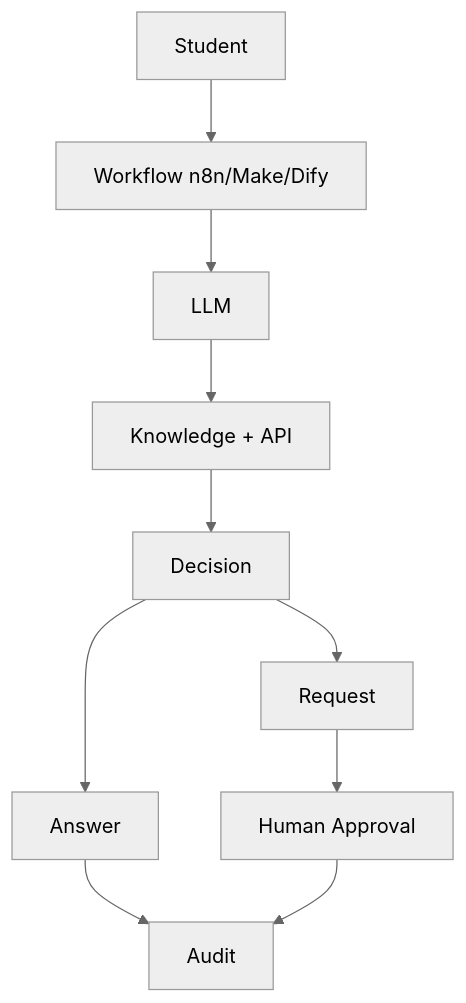
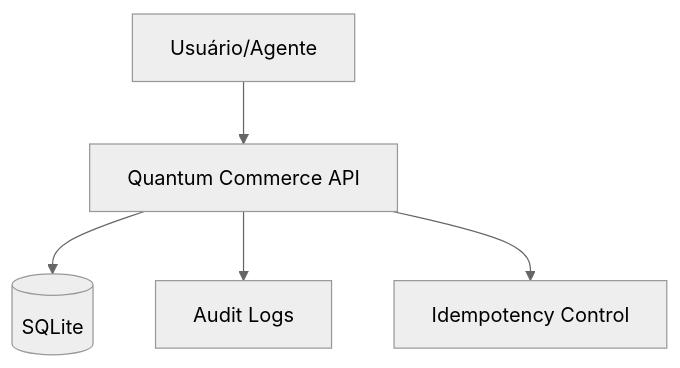
One commit to ivanlinscosta/tool-automation-fiap changed the diagram in README.md. Above: the diagram before and after it, drawn with Mermaid (neutral theme). The commit also changed other lines of this file and 116 other files, not shown here.

First line of the commit message:
feat: transform backend into Quantum Commerce API

````diff
--- a/README.md
+++ b/README.md
@@ -24,12 +23,7 @@
 ```mermaid
 graph TD
-    Student[Student] --> Workflow[Workflow n8n/Make/Dify]
-    Workflow --> LLM[LLM]
-    LLM --> Knowledge[Knowledge + API]
-    Knowledge --> Decision[Decision]
-    Decision --> Answer[Answer]
-    Decision --> Request[Request]
-    Answer --> Audit[Audit]
-    Request --> Approval[Human Approval]
-    Approval --> Audit
+    User[Usuário/Agente] --> API[Quantum Commerce API]
+    API --> DB[(SQLite)]
+    API --> Audit[Audit Logs]
+    API --> Idem[Idempotency Control]
 ```
````
